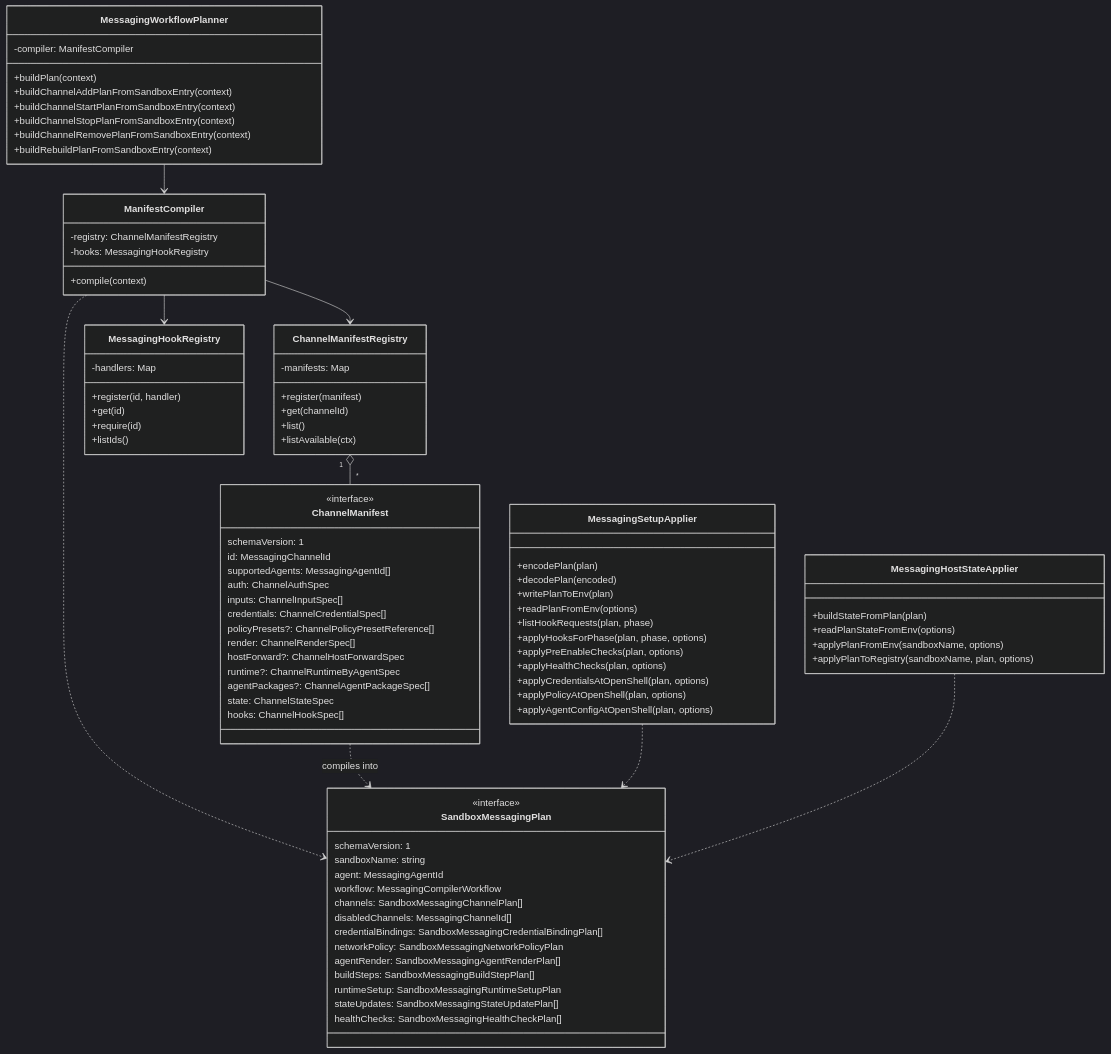
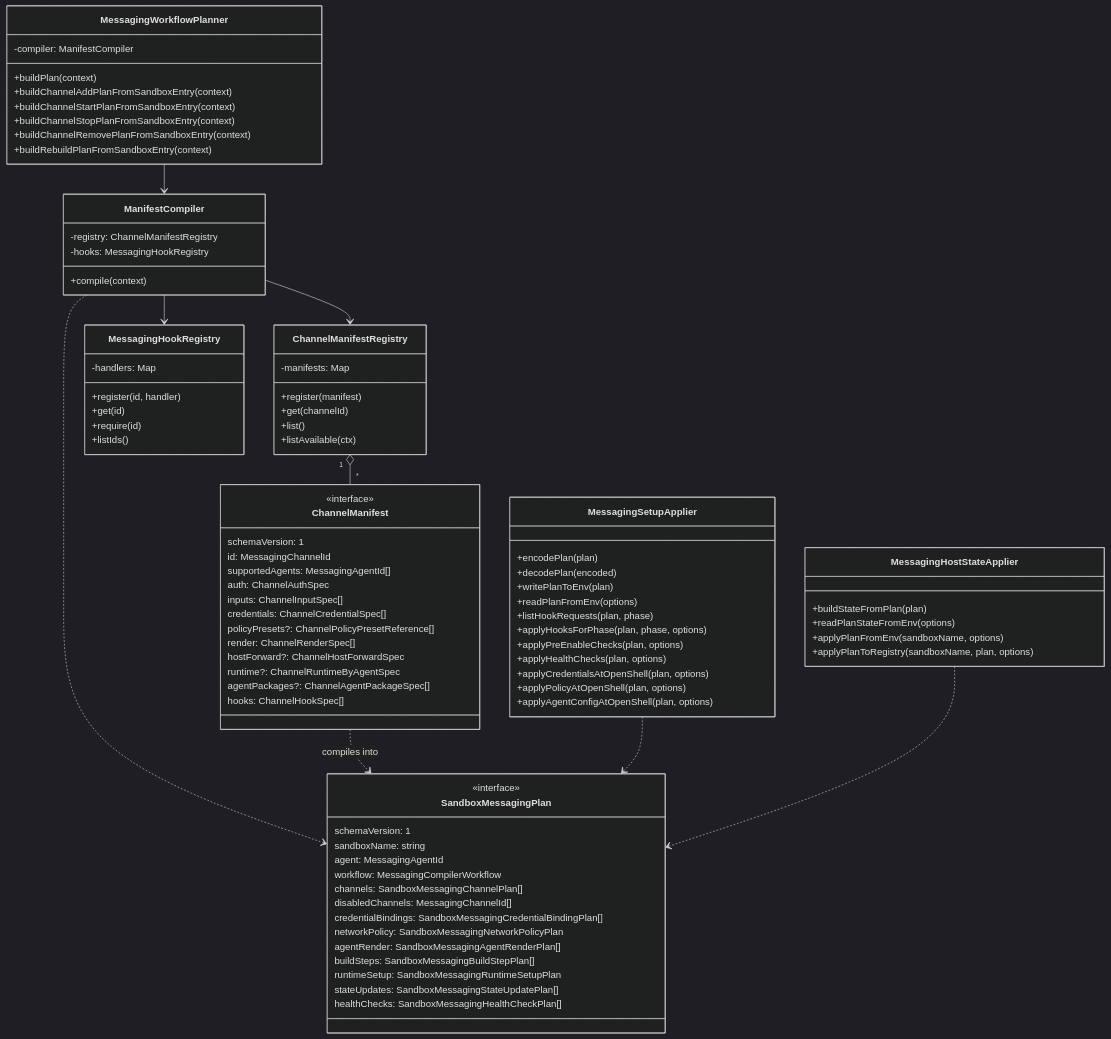
The second of 3 diagrams in src/lib/messaging/README.md (NVIDIA/NemoClaw), drawn with Mermaid (dark theme) before and after one commit. The commit also changed other lines of this file and 15 other files, not shown here.

```diff
--- a/src/lib/messaging/README.md
+++ b/src/lib/messaging/README.md
@@ -68,7 +68,6 @@
     hostForward?: ChannelHostForwardSpec
     runtime?: ChannelRuntimeByAgentSpec
     agentPackages?: ChannelAgentPackageSpec[]
-    state: ChannelStateSpec
     hooks: ChannelHookSpec[]
   }
 
```
